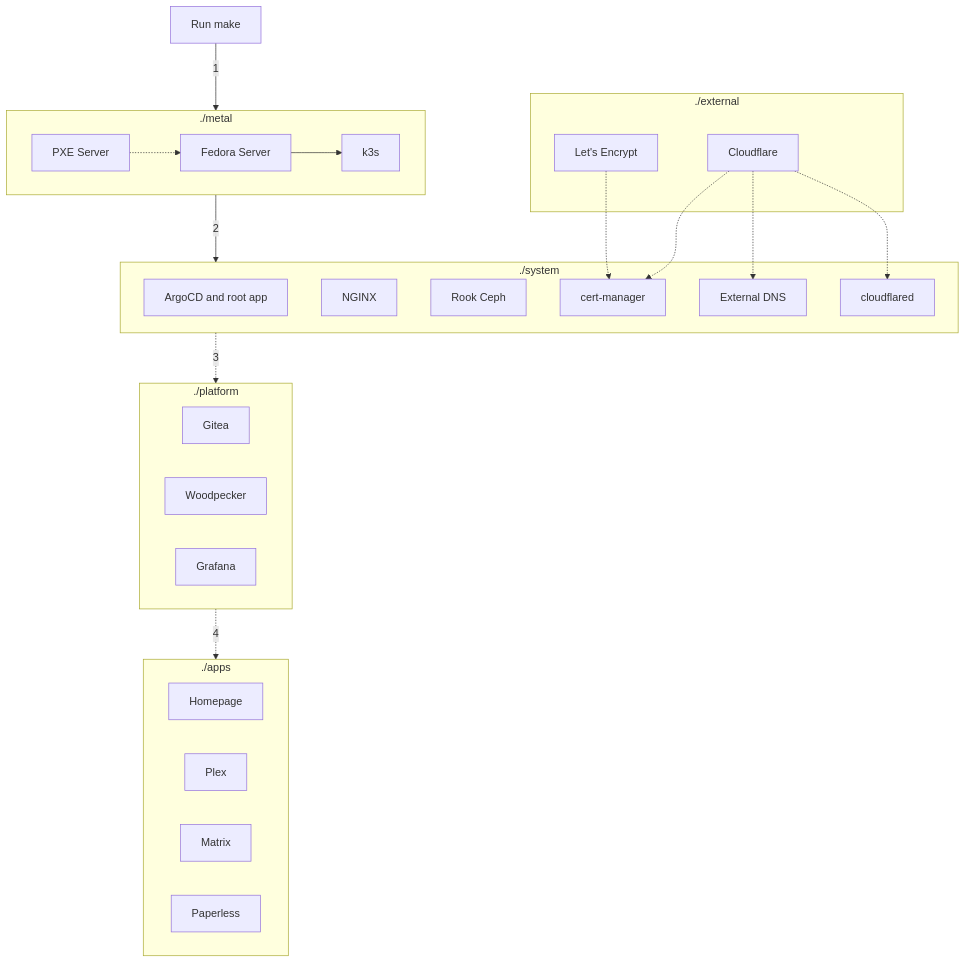
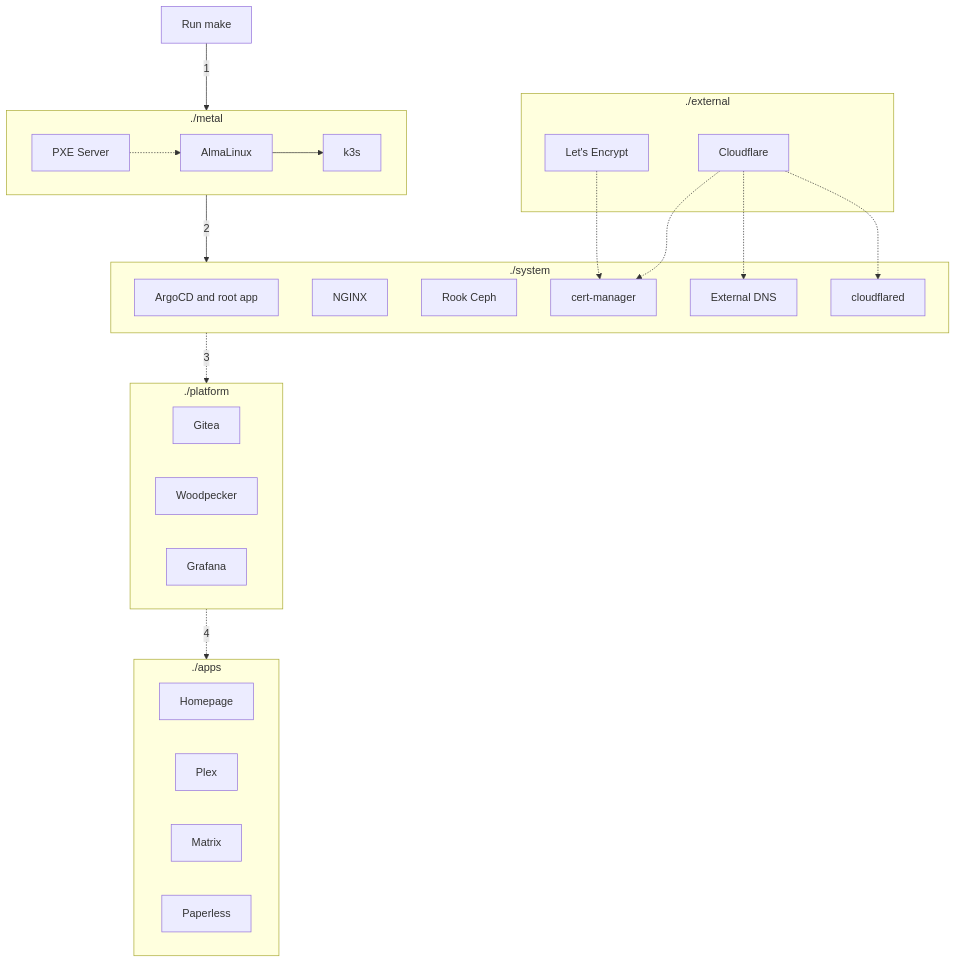
The diagram in docs/reference/architecture/overview.md (malford/homelab), drawn with Mermaid before and after one commit. The commit also changed 12 other files, not shown here.

````diff
--- a/docs/reference/architecture/overview.md
+++ b/docs/reference/architecture/overview.md
@@ -47,40 +47,40 @@
 ```mermaid
 flowchart TD
   subgraph metal[./metal]
-    pxe[PXE Server] -.-> linux[Fedora Server] --> k3s
+    pxe[PXE Server] -.-> linux[AlmaLinux] --> k3s
   end
 
   subgraph system[./system]
     argocd[ArgoCD and root app]
     nginx[NGINX]
     rook-ceph[Rook Ceph]
     cert-manager
     external-dns[External DNS]
     cloudflared
   end
 
   subgraph external[./external]
     letsencrypt[Let's Encrypt]
     cloudflare[Cloudflare]
   end
 
   letsencrypt -.-> cert-manager
   cloudflare -.-> cert-manager
   cloudflare -.-> external-dns
   cloudflare -.-> cloudflared
 
   subgraph platform[./platform]
     Gitea
     Woodpecker
     Grafana
   end
 
   subgraph apps[./apps]
     homepage[Homepage]
     plex[Plex]
     matrix[Matrix]
     paperless[Paperless]
   end
 
   make[Run make] -- 1 --> metal -- 2 --> system -. 3 .-> platform -. 4 .-> apps
 ```
````
